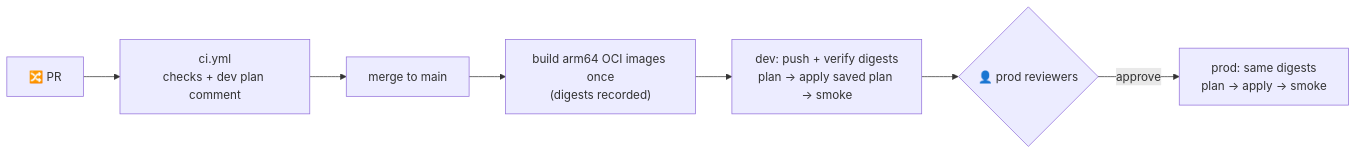
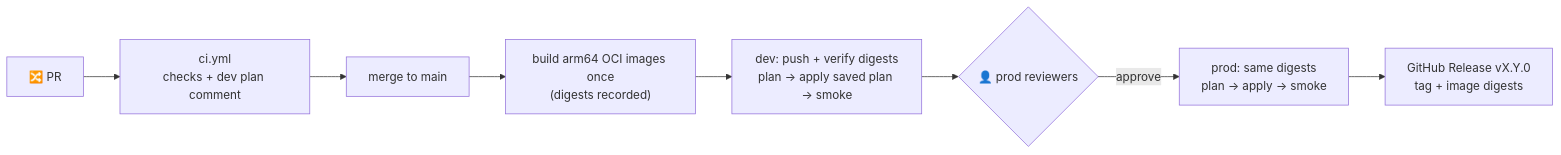
One commit to perspectivism/url-shortener-ecs-fargate changed diagram 15 of 15 in docs/runbook.md. Above: the diagram before and after it, drawn with Mermaid. The commit also changed other lines of this file and 14 other files, not shown here.

````diff
--- a/docs/runbook.md
+++ b/docs/runbook.md
@@ -457,9 +457,10 @@
 ```mermaid
 flowchart LR
     pr["🔀 PR"] --> ci["ci.yml<br/>checks + dev plan comment"]
     ci --> merge["merge to main"]
     merge --> build["build arm64 OCI images once<br/>(digests recorded)"]
     build --> dev["dev: push + verify digests<br/>plan → apply saved plan → smoke"]
     dev --> wait{"👤 prod reviewers"}
     wait -->|approve| prod["prod: same digests<br/>plan → apply → smoke"]
+    prod --> rel["GitHub Release vX.Y.0<br/>tag + image digests"]
 ```
````
